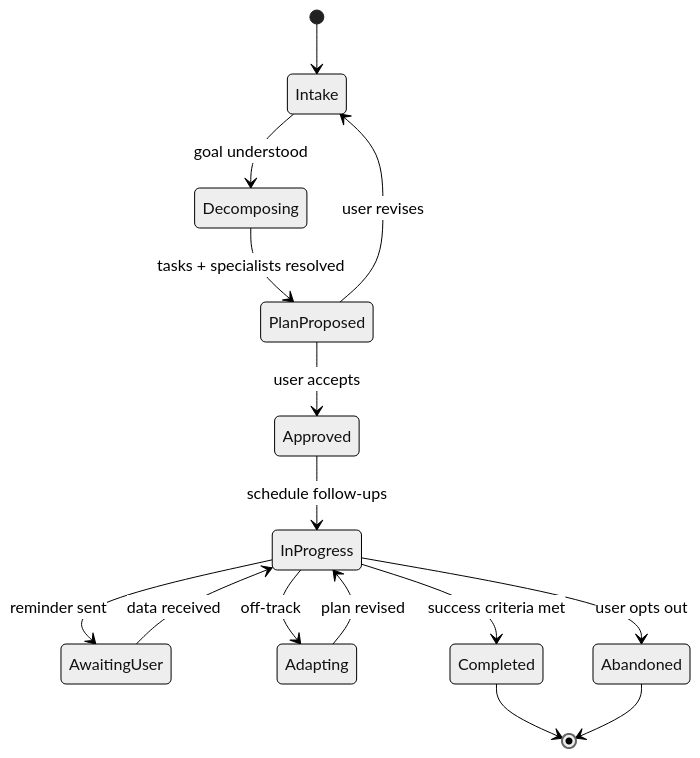
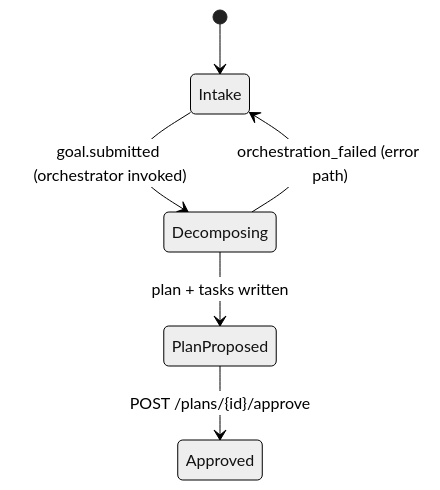
Before and after one commit to prashant-baj/tendril: the ninth of 9 diagrams in docs/architecture/architecture.md, drawn with Mermaid (neutral theme). The commit also changed other lines of this file and 5 other files, not shown here.

````diff
--- a/docs/architecture/architecture.md
+++ b/docs/architecture/architecture.md
@@ -390,17 +400,8 @@
 ```mermaid
 stateDiagram-v2
   [*] --> Intake
-  Intake --> Decomposing: goal understood
-  Decomposing --> PlanProposed: tasks + specialists resolved
-  PlanProposed --> Approved: user accepts
-  PlanProposed --> Intake: user revises
-  Approved --> InProgress: schedule follow-ups
-  InProgress --> AwaitingUser: reminder sent
-  AwaitingUser --> InProgress: data received
-  InProgress --> Adapting: off-track
-  Adapting --> InProgress: plan revised
-  InProgress --> Completed: success criteria met
-  InProgress --> Abandoned: user opts out
-  Completed --> [*]
-  Abandoned --> [*]
+  Intake --> Decomposing: goal.submitted (orchestrator invoked)
+  Decomposing --> PlanProposed: plan + tasks written
+  PlanProposed --> Approved: POST /plans/{id}/approve
+  Decomposing --> Intake: orchestration_failed (error path)
 ```
````
